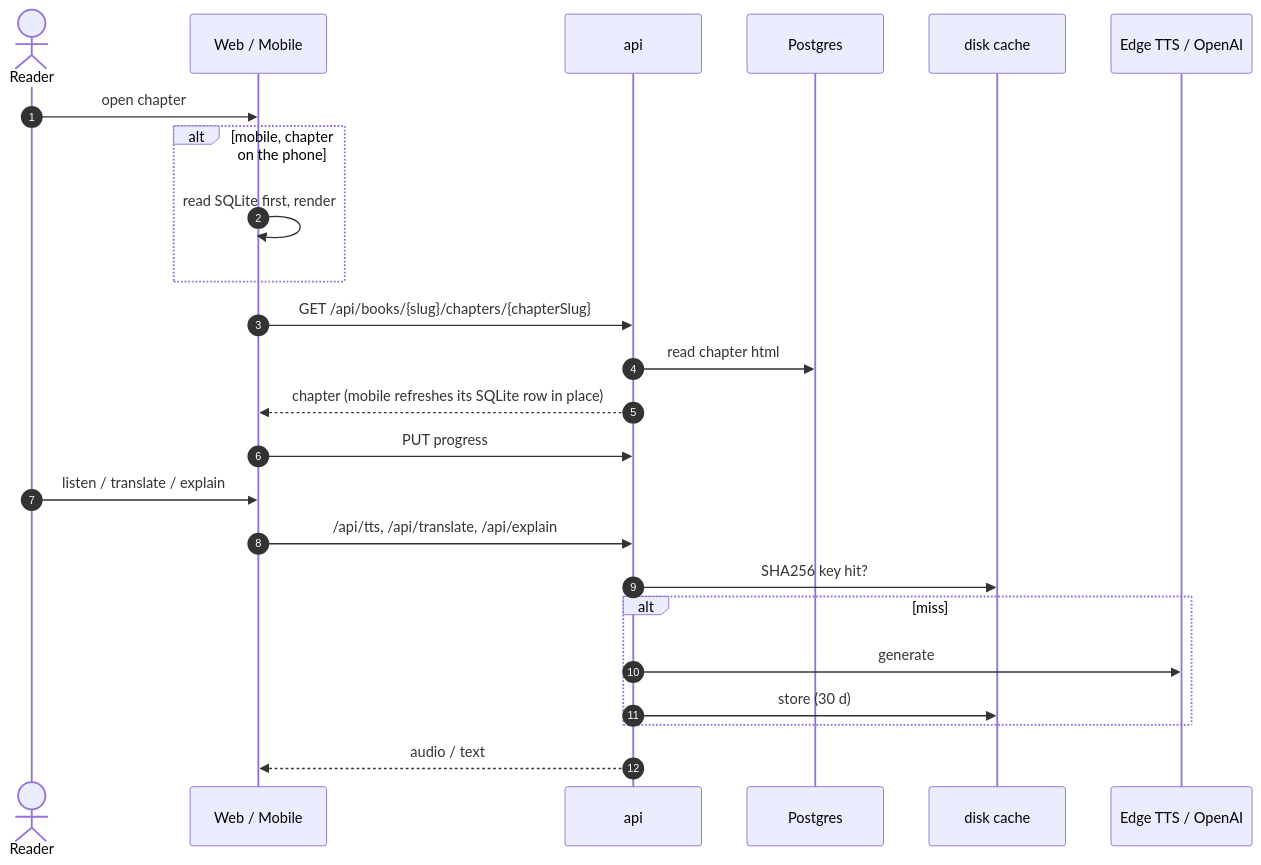
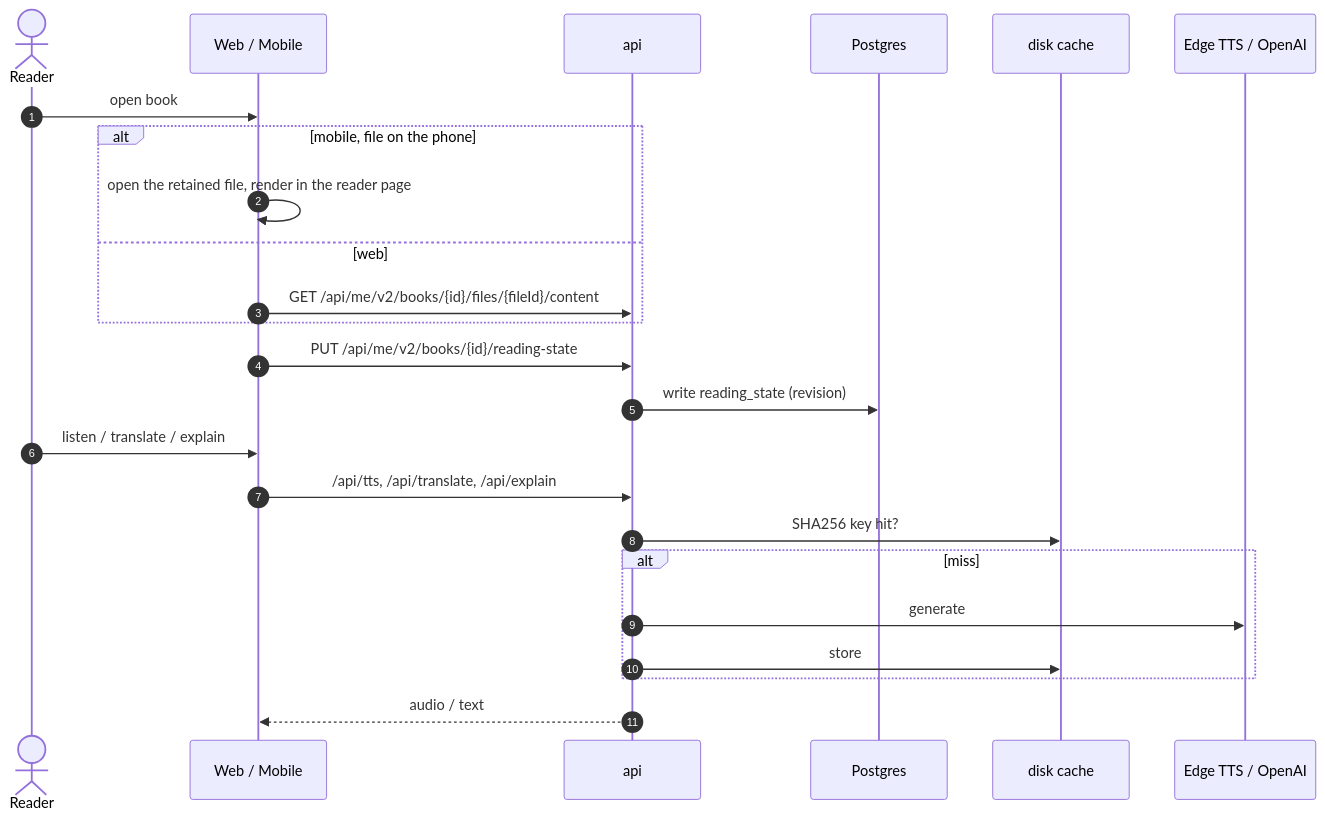
The third of 4 diagrams in docs/architecture/flows.md (mrviduus/textstack), drawn with Mermaid before and after one commit. The commit also changed other lines of this file and 39 other files, not shown here.

````diff
--- a/docs/architecture/flows.md
+++ b/docs/architecture/flows.md
@@ -98,27 +91,27 @@
 ```mermaid
 sequenceDiagram
     autonumber
     actor U as Reader
     participant c as Web / Mobile
     participant api
     participant db as Postgres
     participant cache as disk cache
     participant ext as Edge TTS / OpenAI
 
-    U->>c: open chapter
-    alt mobile, chapter on the phone
-        c->>c: read SQLite first, render
+    U->>c: open book
+    alt mobile, file on the phone
+        c->>c: open the retained file, render in the reader page
+    else web
+        c->>api: GET /api/me/v2/books/{id}/files/{fileId}/content
     end
-    c->>api: GET /api/books/{slug}/chapters/{chapterSlug}
-    api->>db: read chapter html
-    api-->>c: chapter (mobile refreshes its SQLite row in place)
-    c->>api: PUT progress
+    c->>api: PUT /api/me/v2/books/{id}/reading-state
+    api->>db: write reading_state (revision)
     U->>c: listen / translate / explain
     c->>api: /api/tts, /api/translate, /api/explain
     api->>cache: SHA256 key hit?
     alt miss
         api->>ext: generate
-        api->>cache: store (30 d)
+        api->>cache: store
     end
     api-->>c: audio / text
 ```
````
